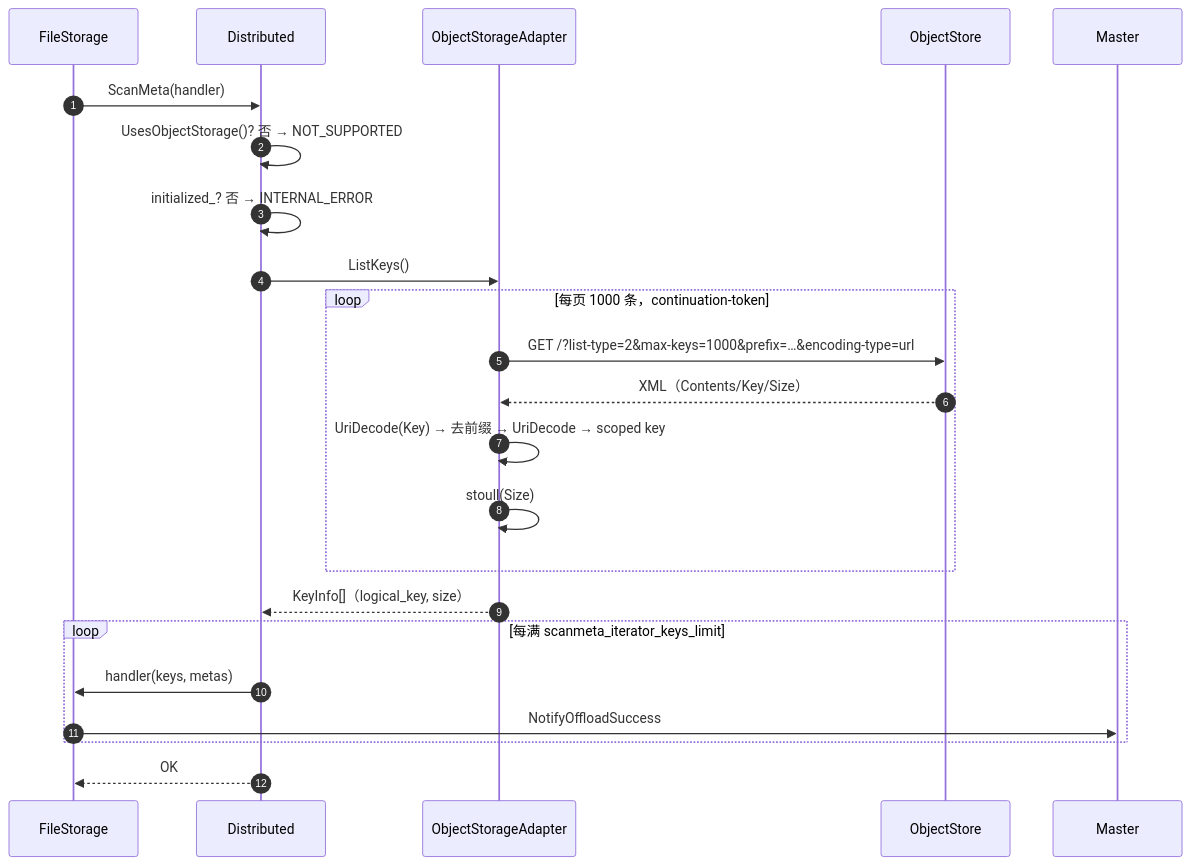
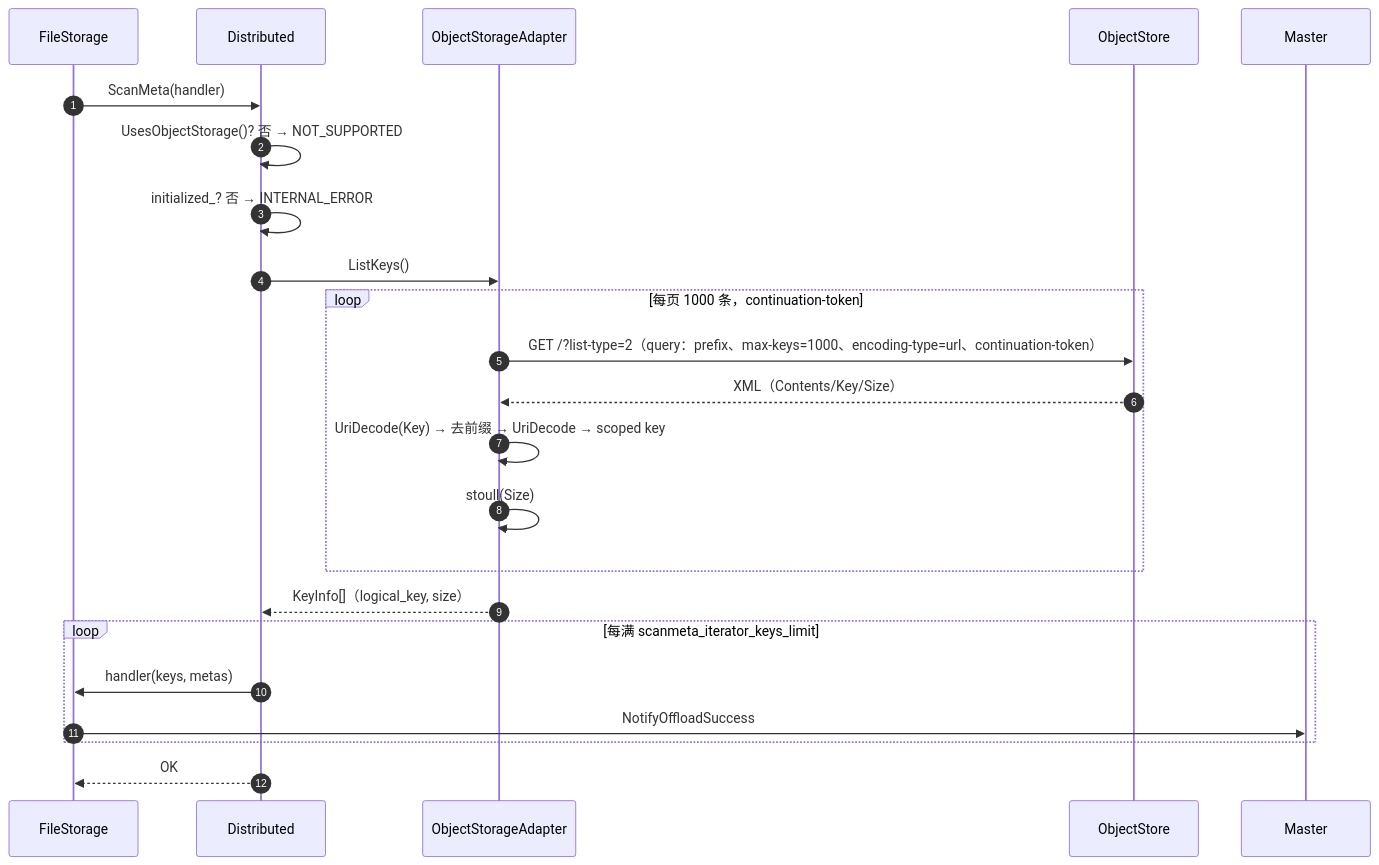
One commit to zwj20000328-dotcom/Mooncake-documents changed diagram 14 of 15 in kv-client-storage-backend-review.md. Above: the diagram before and after it, drawn with Mermaid. The commit also changed other lines of this file and 1 other file, not shown here.

````diff
--- a/kv-client-storage-backend-review.md
+++ b/kv-client-storage-backend-review.md
@@ -661,26 +699,26 @@
 ```mermaid
 sequenceDiagram
     autonumber
     participant FS as FileStorage
     participant BE as Distributed
     participant AD as ObjectStorageAdapter
     participant OSS as ObjectStore
     participant MS as Master
 
     FS->>BE: ScanMeta(handler)
     BE->>BE: UsesObjectStorage()? 否 → NOT_SUPPORTED
     BE->>BE: initialized_? 否 → INTERNAL_ERROR
     BE->>AD: ListKeys()
     loop 每页 1000 条，continuation-token
-        AD->>OSS: GET /?list-type=2&max-keys=1000&prefix=…&encoding-type=url
+        AD->>OSS: GET /?list-type=2（query：prefix、max-keys=1000、encoding-type=url、continuation-token）
         OSS-->>AD: XML（Contents/Key/Size）
         AD->>AD: UriDecode(Key) → 去前缀 → UriDecode → scoped key
         AD->>AD: stoull(Size)
     end
     AD-->>BE: KeyInfo[]（logical_key, size）
     loop 每满 scanmeta_iterator_keys_limit
         BE->>FS: handler(keys, metas)
         FS->>MS: NotifyOffloadSuccess
     end
     BE-->>FS: OK
 ```
````
